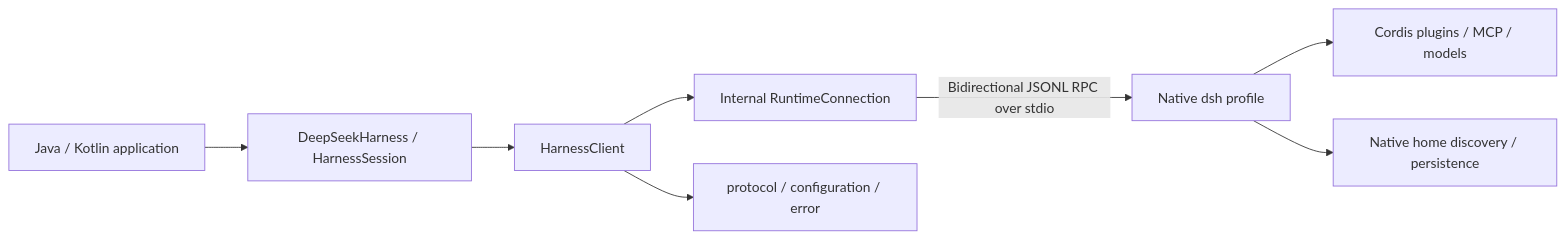
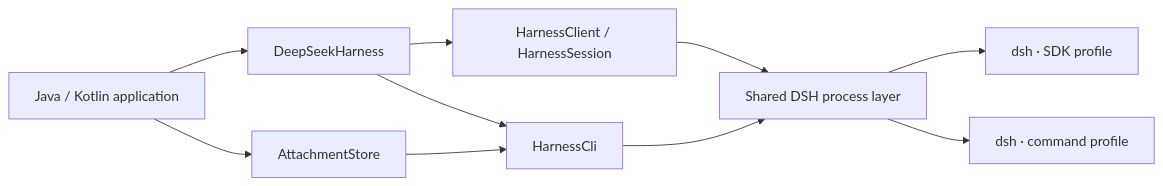
One commit to elonzh/dshjk changed the diagram in docs/sdk.md. Above: the diagram before and after it, drawn with Mermaid. The commit also changed other lines of this file and 19 other files, not shown here.

First line of the commit message:
feat(sdk): 支持 DSH profile 命令与按 ID 下载附件

````diff
--- a/docs/sdk.md
+++ b/docs/sdk.md
@@ -9,10 +9,12 @@
 ```mermaid
 flowchart LR
-  Application[Java / Kotlin application] --> Session[DeepSeekHarness / HarnessSession]
-  Session --> Client[HarnessClient]
-  Client --> Transport[Internal RuntimeConnection]
-  Transport -->|Bidirectional JSONL RPC over stdio| Runtime[Native dsh profile]
-  Runtime --> Plugins[Cordis plugins / MCP / models]
-  Runtime --> Home[Native home discovery / persistence]
-  Client --> Protocol[protocol / configuration / error]
+  App["Java / Kotlin application"] --> Harness["DeepSeekHarness"]
+  Harness --> Client["HarnessClient / HarnessSession"]
+  Harness --> Cli["HarnessCli"]
+  App --> Attachments["AttachmentStore"]
+  Attachments --> Cli
+  Client --> Runtime["Shared DSH process layer"]
+  Cli --> Runtime
+  Runtime --> SDK["dsh · SDK profile"]
+  Runtime --> Command["dsh · command profile"]
 ```
````
